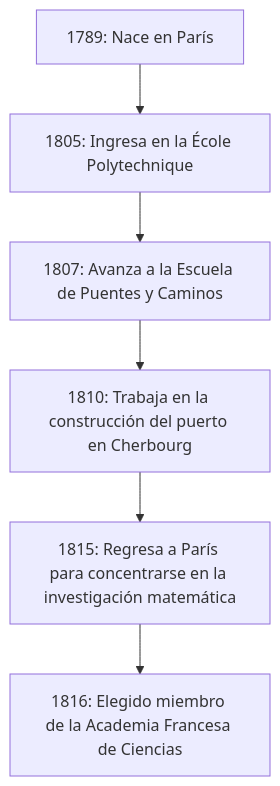
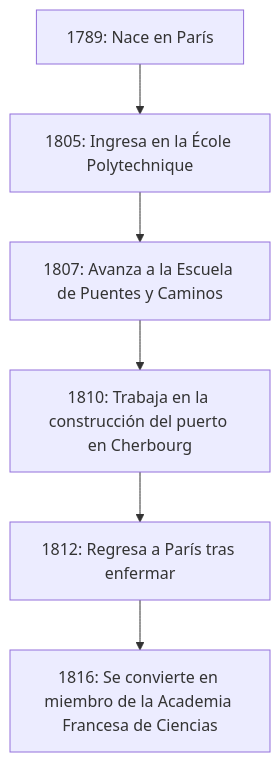
One commit to kenjinote/blog changed the diagram in content/post/cauchy/index.es.md. Above: the diagram before and after it, drawn with Mermaid. The commit also changed other lines of this file and 14 other files, not shown here.

````diff
--- a/content/post/cauchy/index.es.md
+++ b/content/post/cauchy/index.es.md
@@ -30,8 +30,8 @@
 ```mermaid
 flowchart TD
     A["1789: Nace en París"] --> B["1805: Ingresa en la École Polytechnique"]
     B --> C["1807: Avanza a la Escuela de Puentes y Caminos"]
     C --> D["1810: Trabaja en la construcción del puerto en Cherbourg"]
-    D --> E["1815: Regresa a París para concentrarse en la investigación matemática"]
-    E --> F["1816: Elegido miembro de la Academia Francesa de Ciencias"]
+    D --> E["1812: Regresa a París tras enfermar"]
+    E --> F["1816: Se convierte en miembro de la Academia Francesa de Ciencias"]
 ```
````
